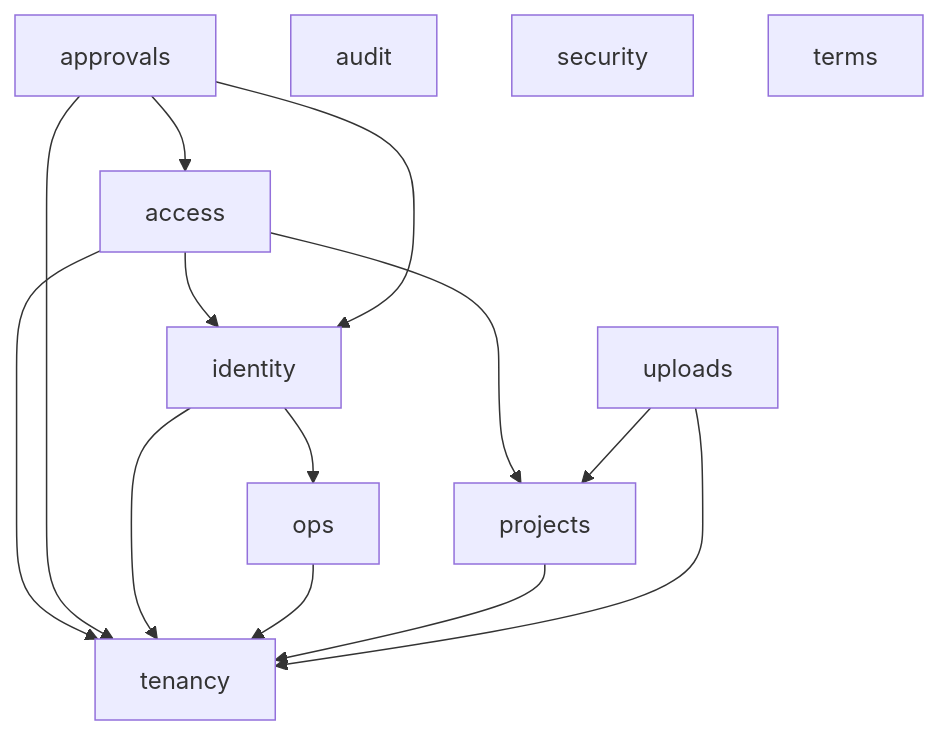
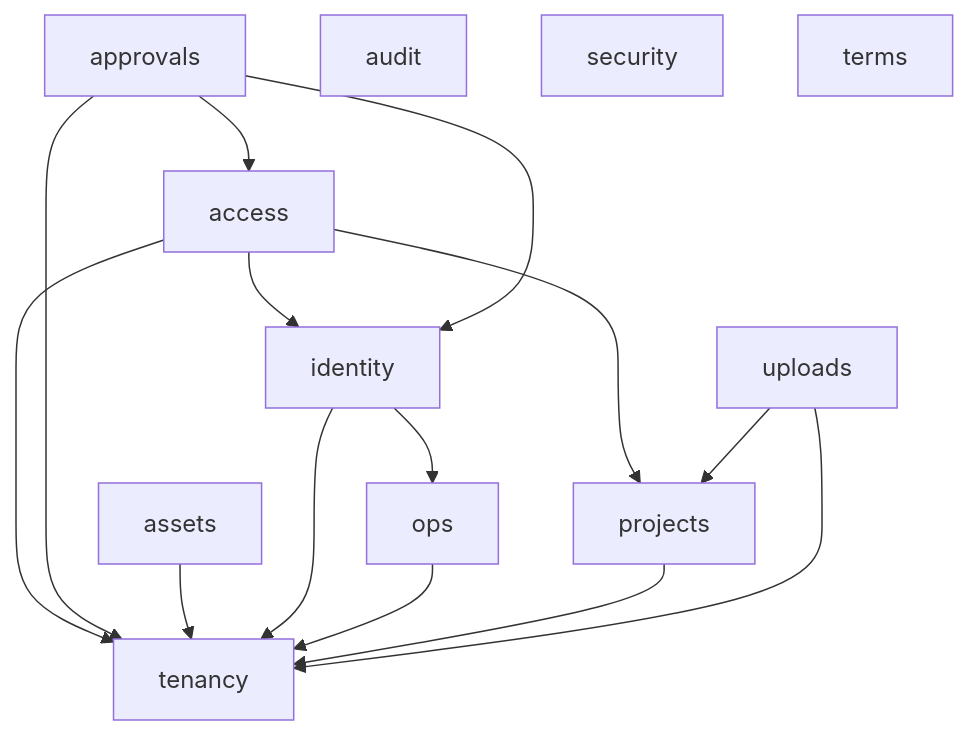
Before and after one commit to kingdonk-ops/Project-AIP: the diagram in docs/architecture/module-map.md, drawn with Mermaid. The commit also changed other lines of this file and 54 other files, not shown here.

````diff
--- a/docs/architecture/module-map.md
+++ b/docs/architecture/module-map.md
@@ -25,19 +26,20 @@
 ```mermaid
 graph TD
     access --> identity
     access --> projects
     access --> tenancy
     approvals --> access
     approvals --> identity
     approvals --> tenancy
+    assets --> tenancy
     audit
     identity --> ops
     identity --> tenancy
     ops --> tenancy
     projects --> tenancy
     security
     tenancy
     terms
     uploads --> projects
     uploads --> tenancy
 ```
````
